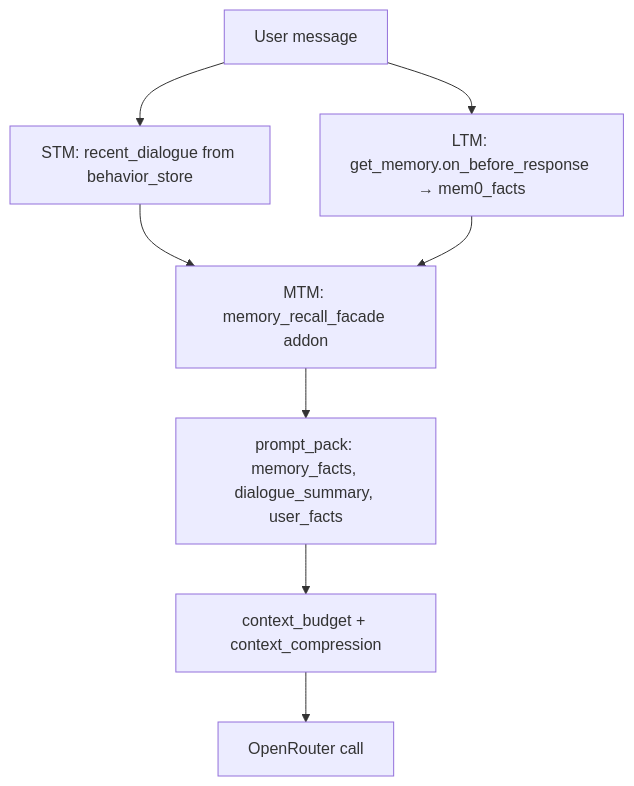
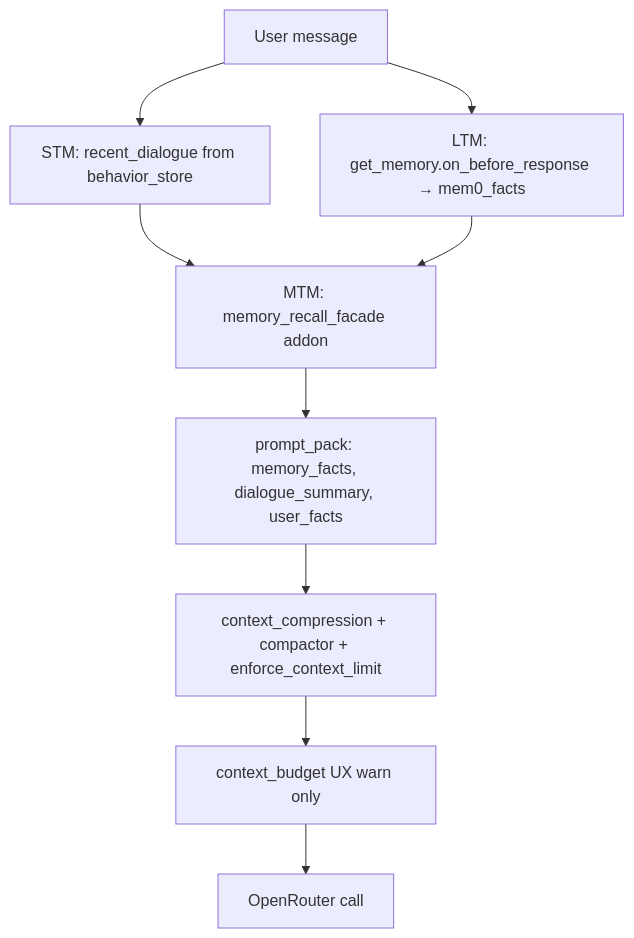
One commit to ManSio/gemma_agent changed the second of 2 diagrams in docs/MEMORY.md. Above: the diagram before and after it, drawn with Mermaid. The commit also changed other lines of this file and 12 other files, not shown here.

First line of the commit message:
docs: DEV_DIARY, context budget runbook, v3.5.1 changelog

````diff
--- a/docs/MEMORY.md
+++ b/docs/MEMORY.md
@@ -85,10 +85,11 @@
 ```mermaid
 flowchart TD
   MSG[User message] --> STM[STM: recent_dialogue from behavior_store]
   MSG --> LTM[LTM: get_memory.on_before_response → mem0_facts]
   STM --> MTM[MTM: memory_recall_facade addon]
   LTM --> MTM
   MTM --> PACK[prompt_pack: memory_facts, dialogue_summary, user_facts]
-  PACK --> BUDGET[context_budget + context_compression]
-  BUDGET --> LLM[OpenRouter call]
+  PACK --> BUDGET[context_compression + compactor + enforce_context_limit]
+  BUDGET --> UX[context_budget UX warn only]
+  UX --> LLM[OpenRouter call]
 ```
````
